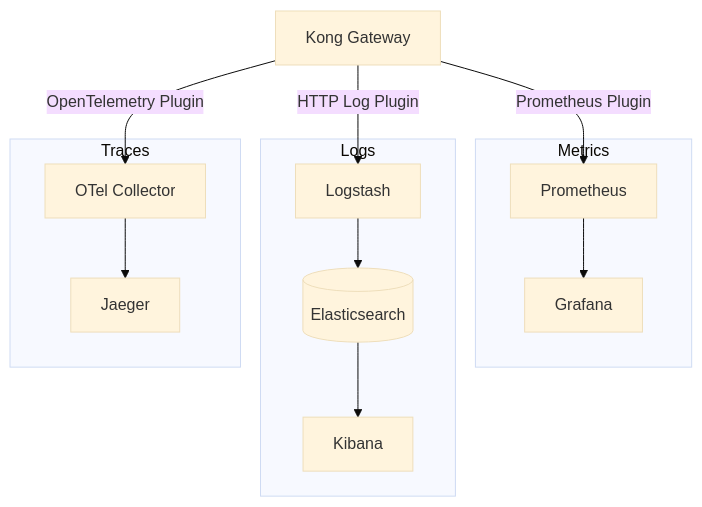
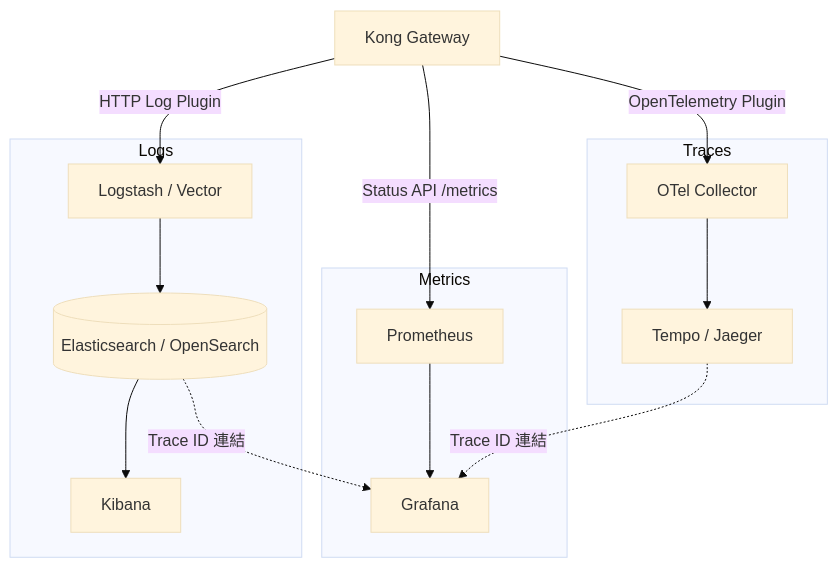
Before and after one commit to chihhung/Blog: diagram 16 of 22 in content/posts/教學/工具/Kong API Gateway教學手冊.md, drawn with Mermaid (base theme). The commit also changed other lines of this file and 10 other files, not shown here.

````diff
--- a/content/posts/教學/工具/Kong API Gateway教學手冊.md
+++ b/content/posts/教學/工具/Kong API Gateway教學手冊.md
@@ -1639,24 +2929,26 @@
 ```mermaid
 graph TB
     Kong[Kong Gateway]
-    
+
     subgraph "Metrics"
         Prometheus[Prometheus]
         Grafana[Grafana]
     end
-    
+
     subgraph "Logs"
-        Logstash[Logstash]
-        ES[(Elasticsearch)]
+        Logstash[Logstash / Vector]
+        ES[(Elasticsearch / OpenSearch)]
         Kibana[Kibana]
     end
-    
+
     subgraph "Traces"
         OTel[OTel Collector]
-        Jaeger[Jaeger]
+        Tempo[Tempo / Jaeger]
     end
-    
-    Kong -->|Prometheus Plugin| Prometheus --> Grafana
+
+    Kong -->|Status API /metrics| Prometheus --> Grafana
     Kong -->|HTTP Log Plugin| Logstash --> ES --> Kibana
-    Kong -->|OpenTelemetry Plugin| OTel --> Jaeger
+    Kong -->|OpenTelemetry Plugin| OTel --> Tempo
+    Tempo -.->|Trace ID 連結| Grafana
+    ES -.->|Trace ID 連結| Grafana
 ```
````
